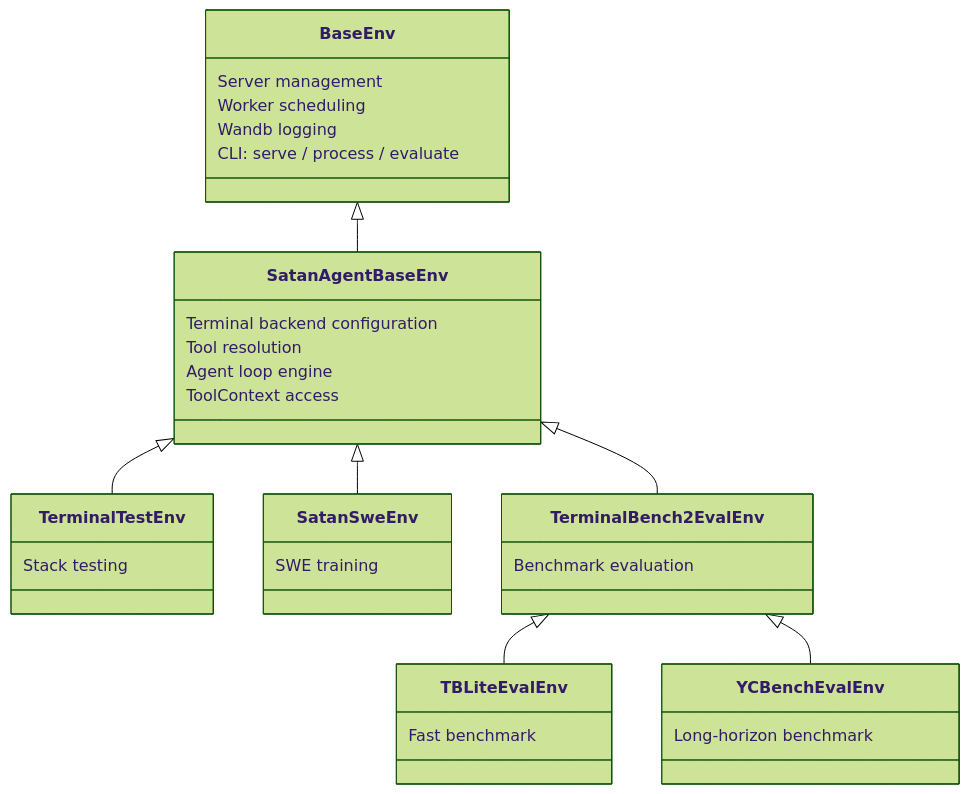
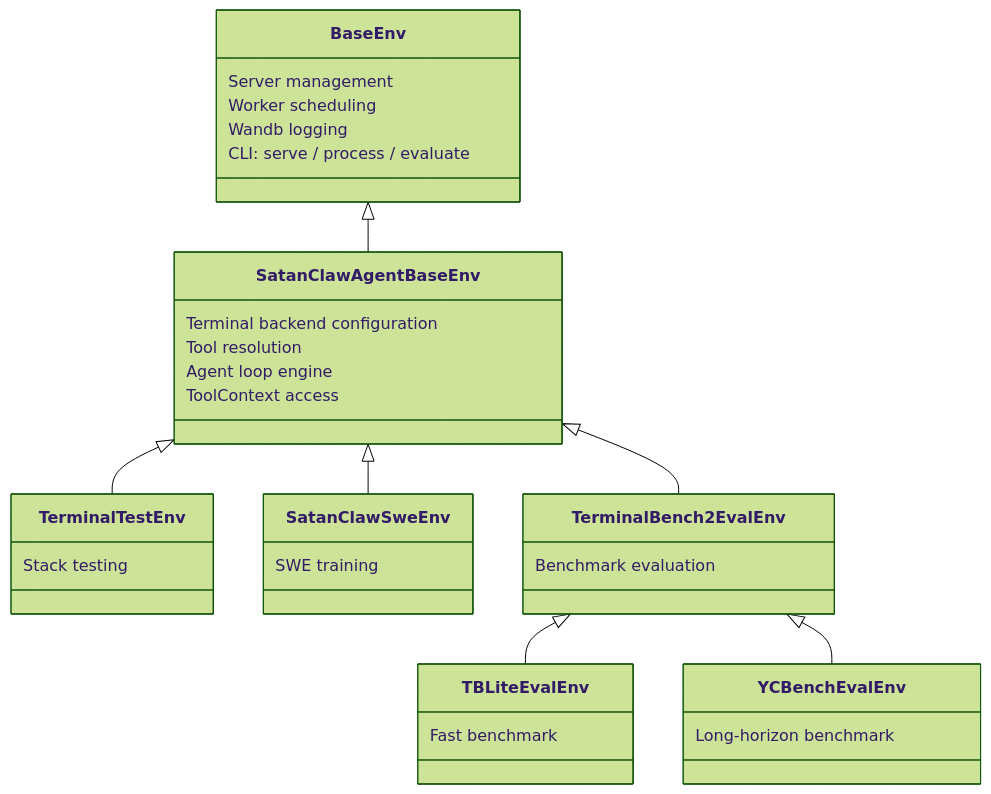
The diagram in website/docs/developer-guide/environments.md (eskayML/SatanClaw), drawn with Mermaid (forest theme) before and after one commit. The commit also changed other lines of this file and 745 other files, not shown here.

Commit message:
chore: Global rebrand to SatanClaw. Purge legacy release files and NousResearch/Hermes specific metadata. Stable entry point established.

````diff
--- a/website/docs/developer-guide/environments.md
+++ b/website/docs/developer-guide/environments.md
@@ -31,43 +31,43 @@
 ```mermaid
 classDiagram
     class BaseEnv {
       Server management
       Worker scheduling
       Wandb logging
       CLI: serve / process / evaluate
     }
 
-    class SatanAgentBaseEnv {
+    class SatanClawAgentBaseEnv {
       Terminal backend configuration
       Tool resolution
       Agent loop engine
       ToolContext access
     }
 
     class TerminalTestEnv {
       Stack testing
     }
 
-    class SatanSweEnv {
+    class SatanClawSweEnv {
       SWE training
     }
 
     class TerminalBench2EvalEnv {
       Benchmark evaluation
     }
 
     class TBLiteEvalEnv {
       Fast benchmark
     }
 
     class YCBenchEvalEnv {
       Long-horizon benchmark
     }
 
-    BaseEnv <|-- SatanAgentBaseEnv
-    SatanAgentBaseEnv <|-- TerminalTestEnv
-    SatanAgentBaseEnv <|-- SatanSweEnv
-    SatanAgentBaseEnv <|-- TerminalBench2EvalEnv
+    BaseEnv <|-- SatanClawAgentBaseEnv
+    SatanClawAgentBaseEnv <|-- TerminalTestEnv
+    SatanClawAgentBaseEnv <|-- SatanClawSweEnv
+    SatanClawAgentBaseEnv <|-- TerminalBench2EvalEnv
     TerminalBench2EvalEnv <|-- TBLiteEvalEnv
     TerminalBench2EvalEnv <|-- YCBenchEvalEnv
 ```
````
